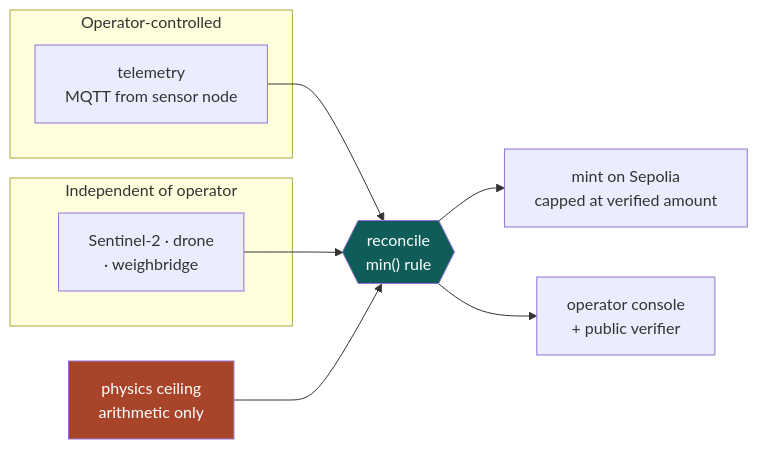
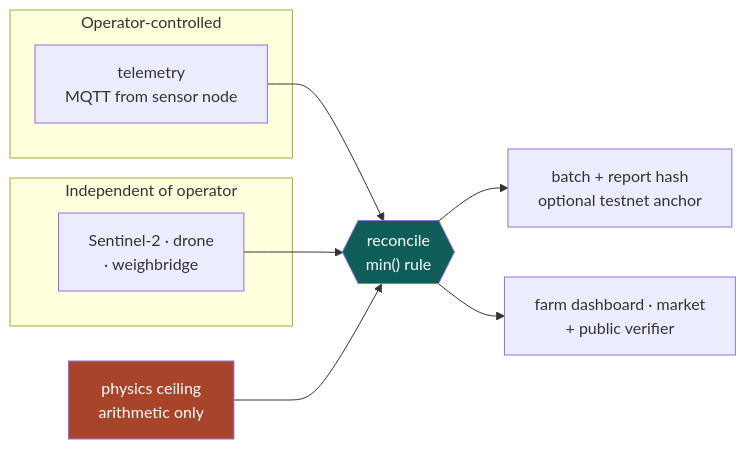
The diagram in README.md (Daksh2477/RunTimeZero), drawn with Mermaid before and after one commit. The commit also changed other lines of this file and 2 other files, not shown here.

````diff
--- a/README.md
+++ b/README.md
@@ -73,19 +379,19 @@
 ```mermaid
 flowchart LR
     subgraph OP["Operator-controlled"]
         T["telemetry<br/>MQTT from sensor node"]
     end
     subgraph IND["Independent of operator"]
         S["Sentinel-2 · drone<br/>· weighbridge"]
     end
     PHYS["physics ceiling<br/>arithmetic only"]
 
     T --> R{{"reconcile<br/>min() rule"}}
     S --> R
     PHYS --> R
-    R --> CHAIN["mint on Sepolia<br/>capped at verified amount"]
-    R --> UI["operator console<br/>+ public verifier"]
+    R --> CHAIN["batch + report hash<br/>optional testnet anchor"]
+    R --> UI["farm dashboard · market<br/>+ public verifier"]
 
     style R fill:#0f5d58,color:#fff
     style PHYS fill:#a8442a,color:#fff
 ```
````
